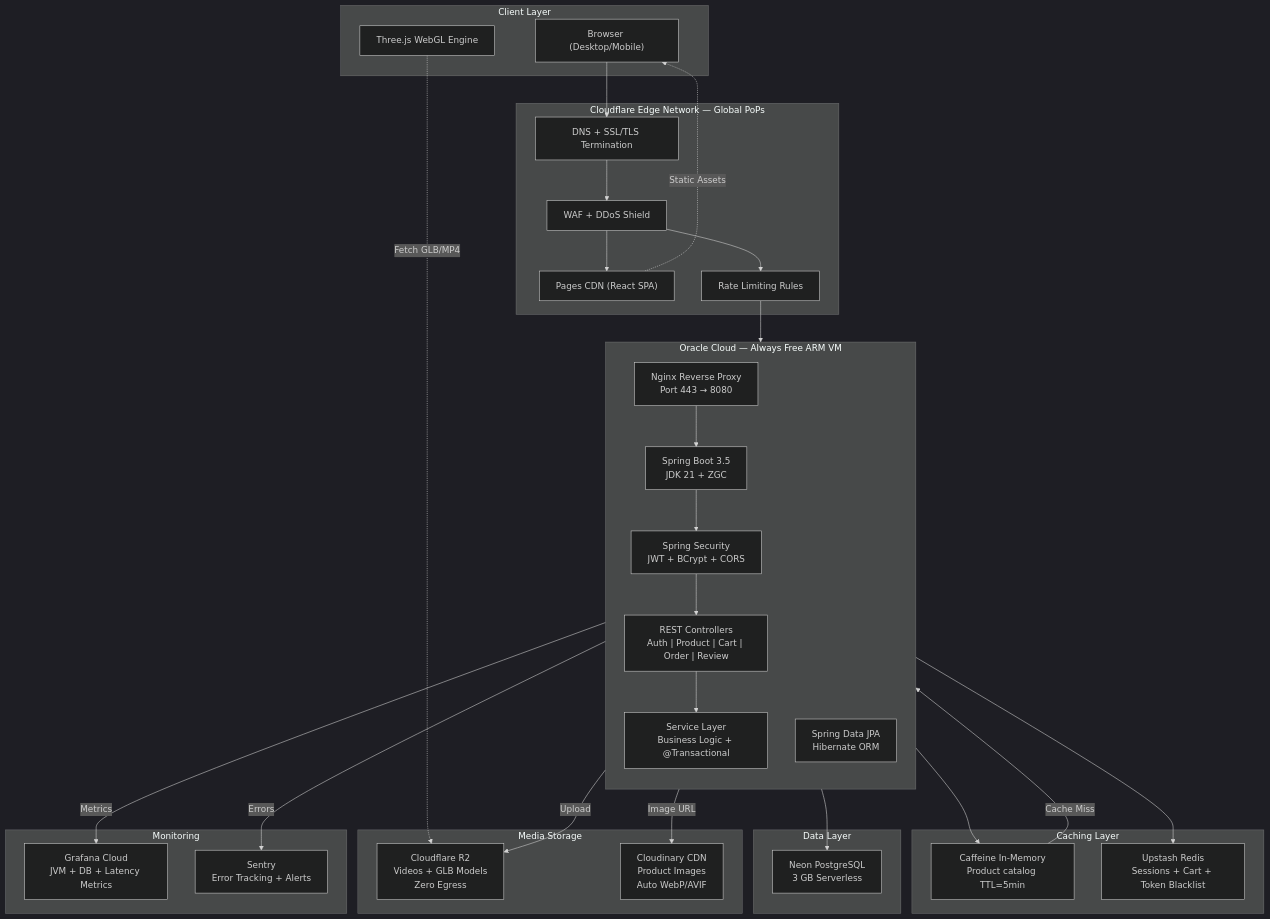
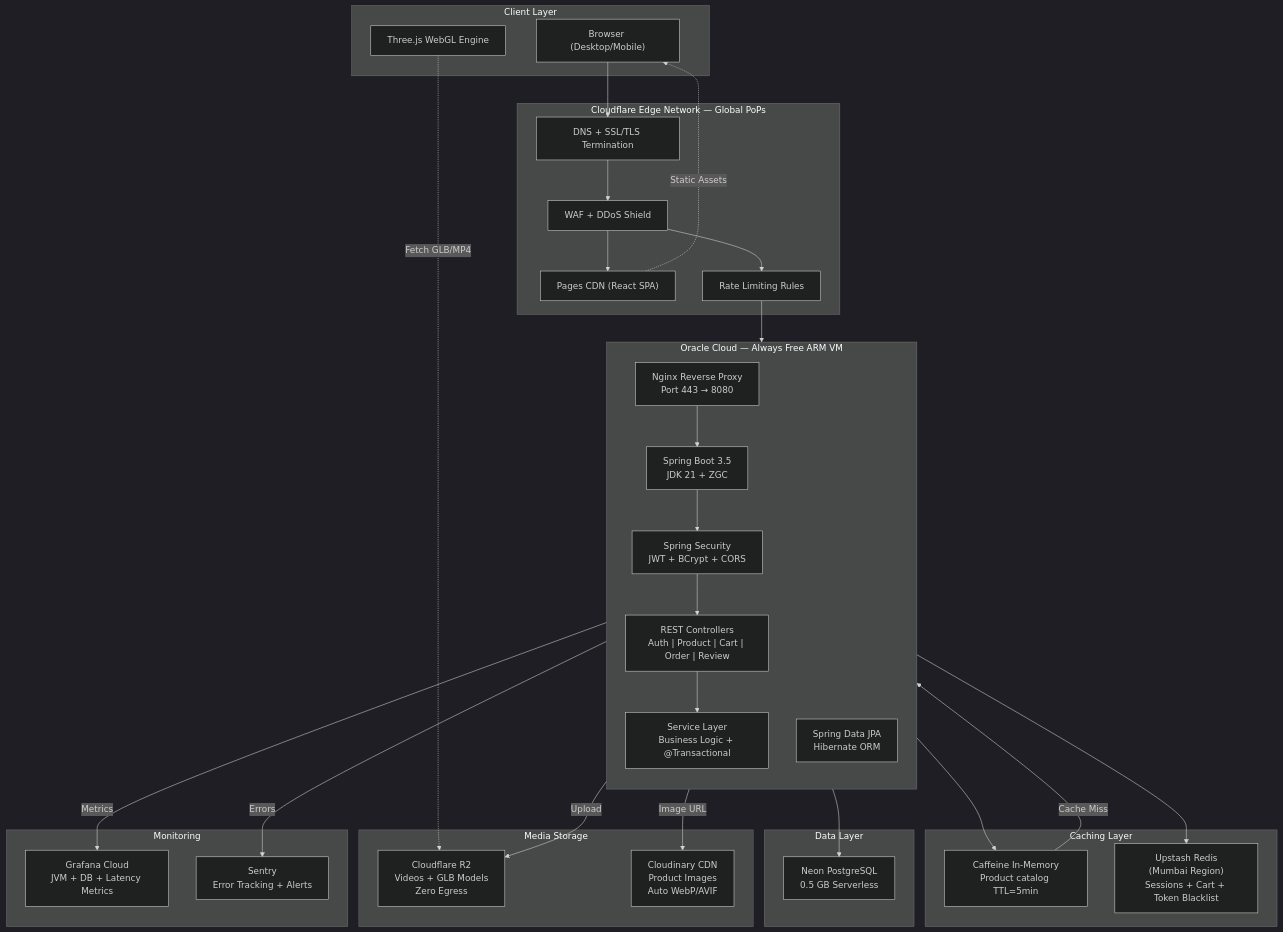
One commit to sutharnarendra/SportsKeeda_Shivam changed the first of 14 diagrams in ARCHITECTURE.md. Above: the diagram before and after it, drawn with Mermaid (dark theme). The commit also changed other lines of this file and 33 other files, not shown here.

Commit message:
feat: implement auth, email gateway, product catalog, and shopping cart with upstash redis caching

````diff
--- a/ARCHITECTURE.md
+++ b/ARCHITECTURE.md
@@ -11,64 +11,64 @@
 ```mermaid
 flowchart TB
     subgraph Client ["Client Layer"]
         Browser["Browser (Desktop/Mobile)"]
         ThreeJS["Three.js WebGL Engine"]
     end
 
     subgraph Edge ["Cloudflare Edge Network — Global PoPs"]
         WAF["WAF + DDoS Shield"]
         CDN["Pages CDN (React SPA)"]
         DNS["DNS + SSL/TLS Termination"]
         RateLimit["Rate Limiting Rules"]
     end
 
     subgraph Compute ["Oracle Cloud — Always Free ARM VM"]
         direction TB
         Nginx["Nginx Reverse Proxy\nPort 443 → 8080"]
         SpringBoot["Spring Boot 3.5\nJDK 21 + ZGC"]
         Security["Spring Security\nJWT + BCrypt + CORS"]
         Controllers["REST Controllers\nAuth | Product | Cart | Order | Review"]
         Services["Service Layer\nBusiness Logic + @Transactional"]
         JPA["Spring Data JPA\nHibernate ORM"]
     end
 
     subgraph Cache ["Caching Layer"]
         Caffeine["Caffeine In-Memory\nProduct catalog TTL=5min"]
-        Redis["Upstash Redis\nSessions + Cart + Token Blacklist"]
+        Redis["Upstash Redis\n(Mumbai Region)\nSessions + Cart + Token Blacklist"]
     end
 
     subgraph Data ["Data Layer"]
-        Postgres["Neon PostgreSQL\n3 GB Serverless"]
+        Postgres["Neon PostgreSQL\n0.5 GB Serverless"]
     end
 
     subgraph Media ["Media Storage"]
         R2["Cloudflare R2\nVideos + GLB Models\nZero Egress"]
         Cloudinary["Cloudinary CDN\nProduct Images\nAuto WebP/AVIF"]
     end
 
     subgraph Observability ["Monitoring"]
         Grafana["Grafana Cloud\nJVM + DB + Latency Metrics"]
         Sentry["Sentry\nError Tracking + Alerts"]
     end
 
     Browser --> DNS
     DNS --> WAF
     WAF --> CDN
     WAF --> RateLimit
     RateLimit --> Nginx
     CDN -.->|"Static Assets"| Browser
     ThreeJS -.->|"Fetch GLB/MP4"| R2
 
     Nginx --> SpringBoot
     SpringBoot --> Security
     Security --> Controllers
     Controllers --> Services
     Services --> Caffeine
     Caffeine -->|"Cache Miss"| JPA
     Services --> Redis
     JPA --> Postgres
     Services -->|"Upload"| R2
     Services -->|"Image URL"| Cloudinary
     SpringBoot -->|"Metrics"| Grafana
     SpringBoot -->|"Errors"| Sentry
 ```
````
